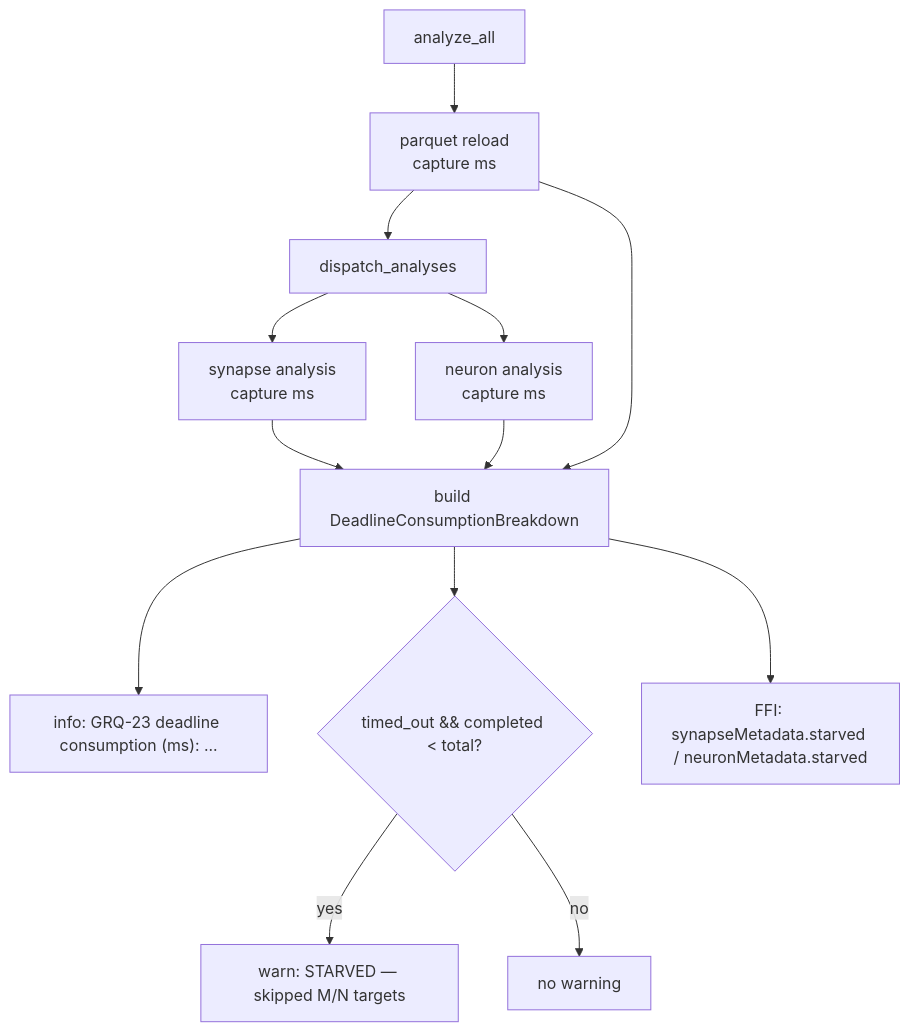
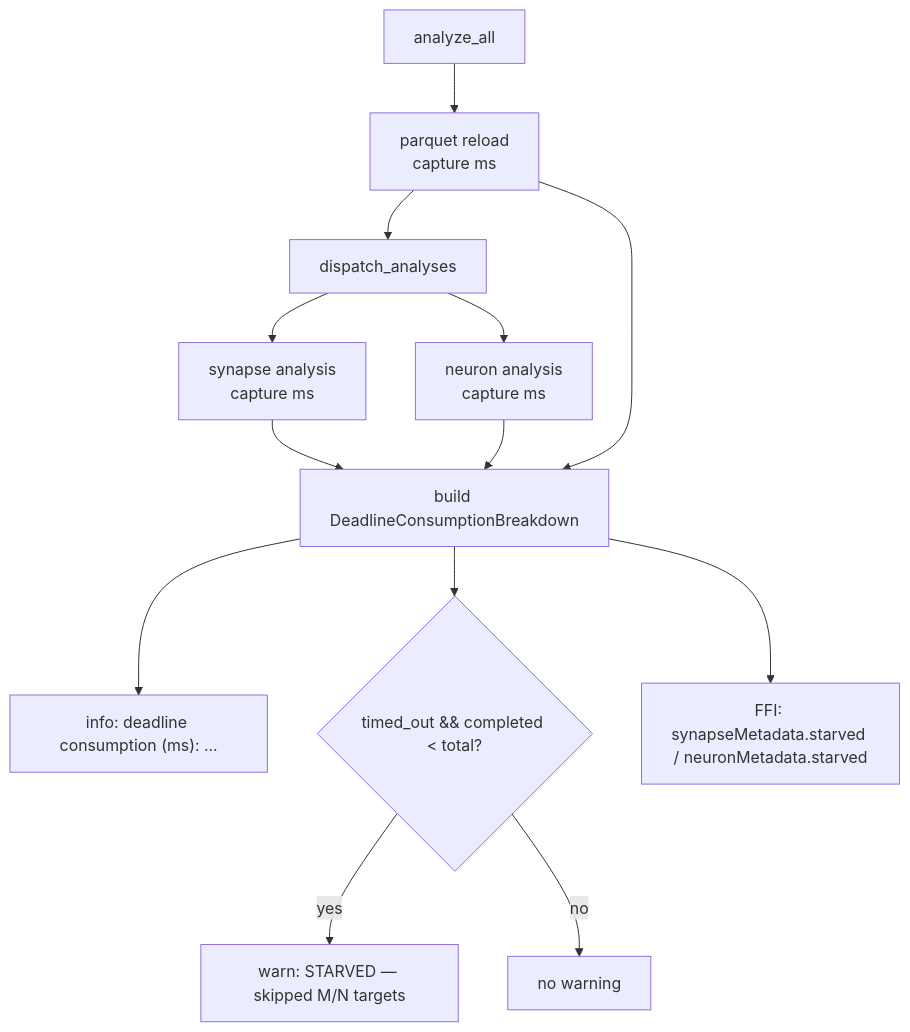
One commit to stSoftwareAU/NEAT-AI-Discovery changed the diagram in docs/archive/pr-summaries/pr-summary-1409.md. Above: the diagram before and after it, drawn with Mermaid. The commit also changed other lines of this file and 67 other files, not shown here.

````diff
--- a/docs/archive/pr-summaries/pr-summary-1409.md
+++ b/docs/archive/pr-summaries/pr-summary-1409.md
@@ -52,15 +52,15 @@
 ```mermaid
 flowchart TD
     A[analyze_all] --> B[parquet reload<br/>capture ms]
     B --> C[dispatch_analyses]
     C --> D[synapse analysis<br/>capture ms]
     C --> E[neuron analysis<br/>capture ms]
     D --> F[build DeadlineConsumptionBreakdown]
     E --> F
     B --> F
-    F --> G["info: GRQ-23 deadline consumption (ms): ..."]
+    F --> G["info: deadline consumption (ms): ..."]
     F --> H{timed_out && completed &lt; total?}
     H -- yes --> I["warn: STARVED — skipped M/N targets"]
     H -- no --> J[no warning]
     F --> K["FFI: synapseMetadata.starved / neuronMetadata.starved"]
 ```
````
